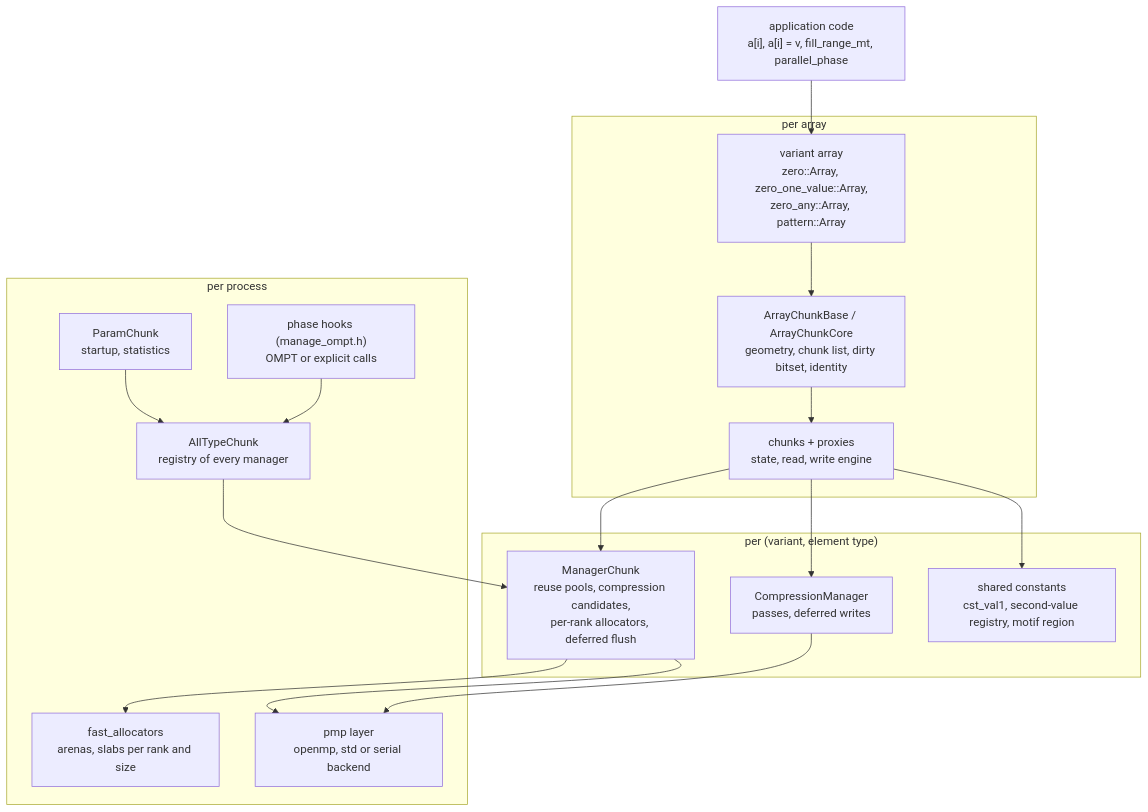
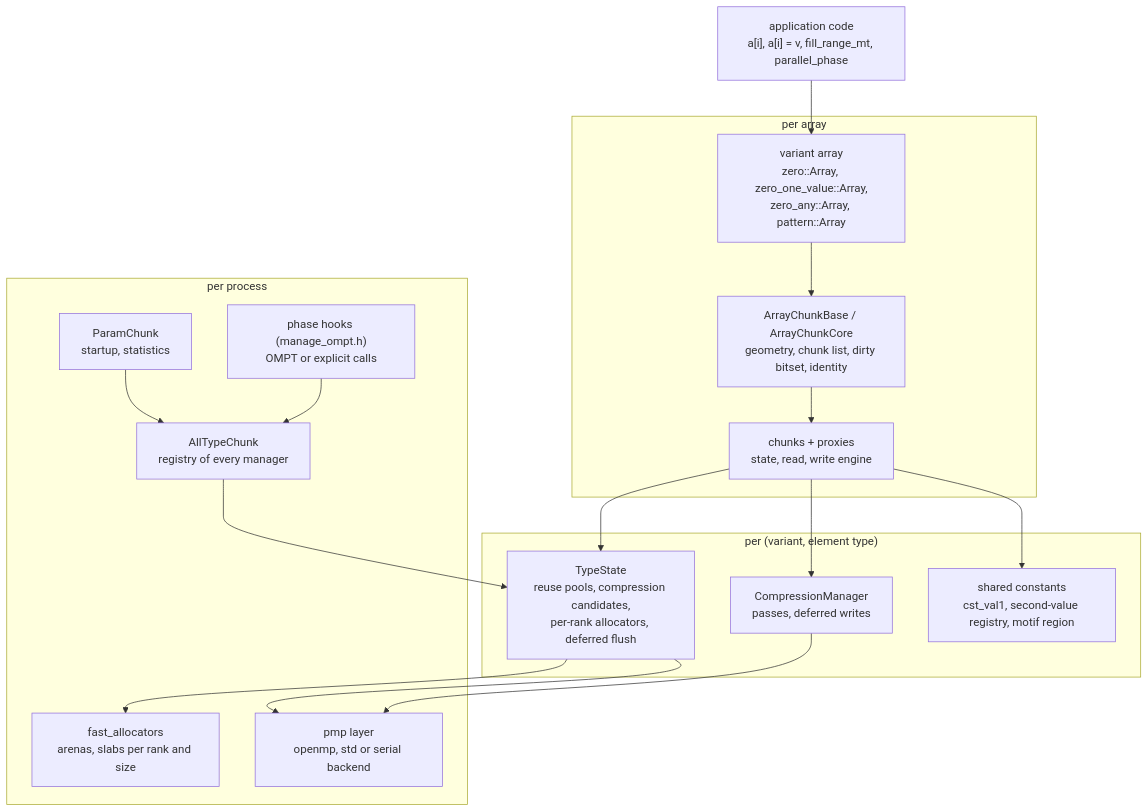
The second of 3 diagrams in docs/design.md (cea-hpc/shrink-array), drawn with Mermaid before and after one commit. The commit also changed other lines of this file and 200 other files, not shown here.

Commit message:
Remove the deprecated C++ aliases and the old-name headers Remove the other compatibility paths kept until 1.0 Rename ManagerChunk to TypeState Narrow and freeze the public interface

````diff
--- a/docs/design.md
+++ b/docs/design.md
@@ -74,31 +74,31 @@
 ```mermaid
 flowchart TB
     app["application code<br/>a[i], a[i] = v, fill_range_mt, parallel_phase"]
     subgraph per_array["per array"]
         arr["variant array<br/>zero::Array, zero_one_value::Array,<br/>zero_any::Array, pattern::Array"]
         base["ArrayChunkBase / ArrayChunkCore<br/>geometry, chunk list, dirty bitset, identity"]
         chk["chunks + proxies<br/>state, read, write engine"]
     end
     subgraph per_type["per (variant, element type)"]
-        mgr["ManagerChunk<br/>reuse pools, compression candidates,<br/>per-rank allocators, deferred flush"]
+        mgr["TypeState<br/>reuse pools, compression candidates,<br/>per-rank allocators, deferred flush"]
         cmp["CompressionManager<br/>passes, deferred writes"]
         reg["shared constants<br/>cst_val1, second-value registry, motif region"]
     end
     subgraph per_process["per process"]
         all["AllTypeChunk<br/>registry of every manager"]
         par["ParamChunk<br/>startup, statistics"]
         phase["phase hooks (manage_ompt.h)<br/>OMPT or explicit calls"]
         pmp["pmp layer<br/>openmp, std or serial backend"]
         fa["fast_allocators<br/>arenas, slabs per rank and size"]
     end
     app --> arr --> base --> chk
     chk --> mgr
     chk --> cmp
     chk --> reg
     mgr --> fa
     all --> mgr
     par --> all
     phase --> all
     cmp --> pmp
     mgr --> pmp
 ```
````
